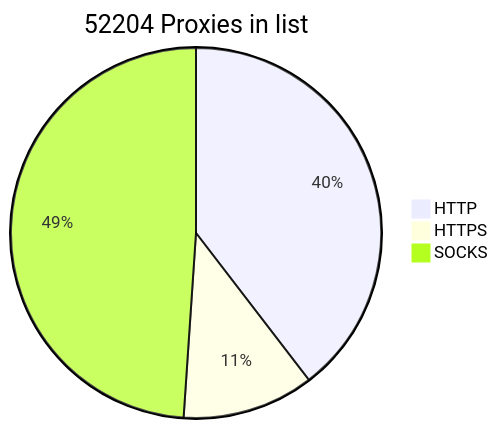
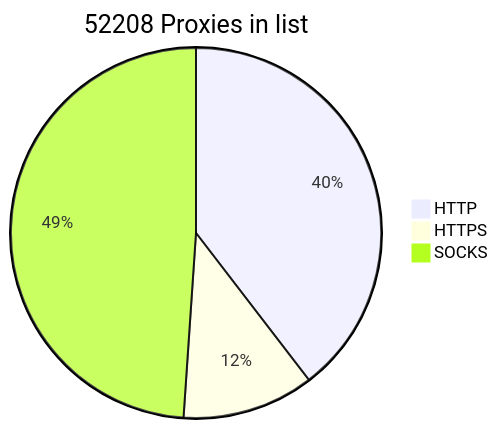
Before and after one commit to BlackSnowDot/proxylist-update-every-minute: the diagram in README.md, drawn with Mermaid. The commit also changed other lines of this file, not shown here.

````diff
--- a/README.md
+++ b/README.md
@@ -2,6 +2,6 @@
 ```mermaid
-pie title 52204 Proxies in list
-    "HTTP" : 22998
-    "HTTPS": 6681
+pie title 52208 Proxies in list
+    "HTTP" : 23001
+    "HTTPS": 6686
     "SOCKS" : 28437
 ```
````
